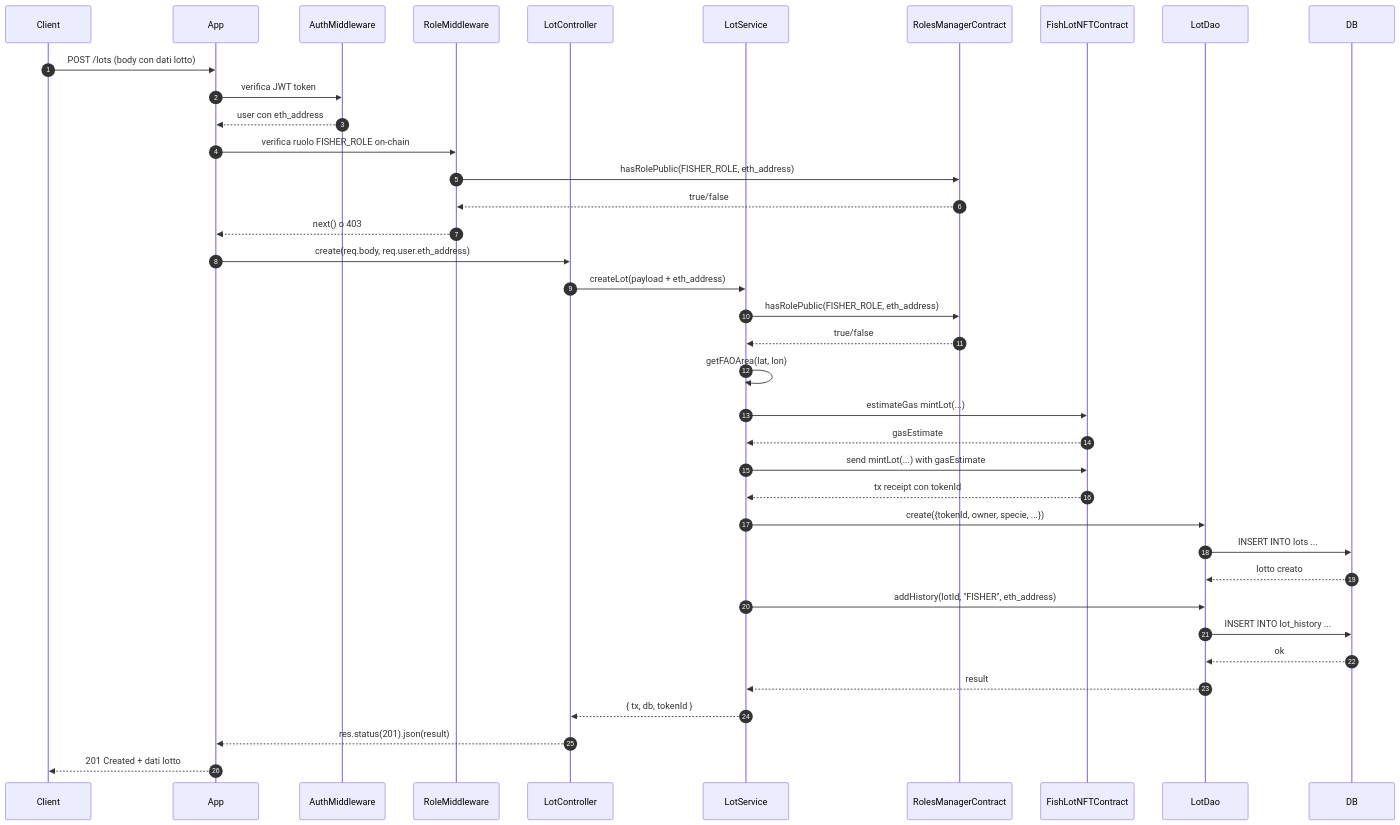
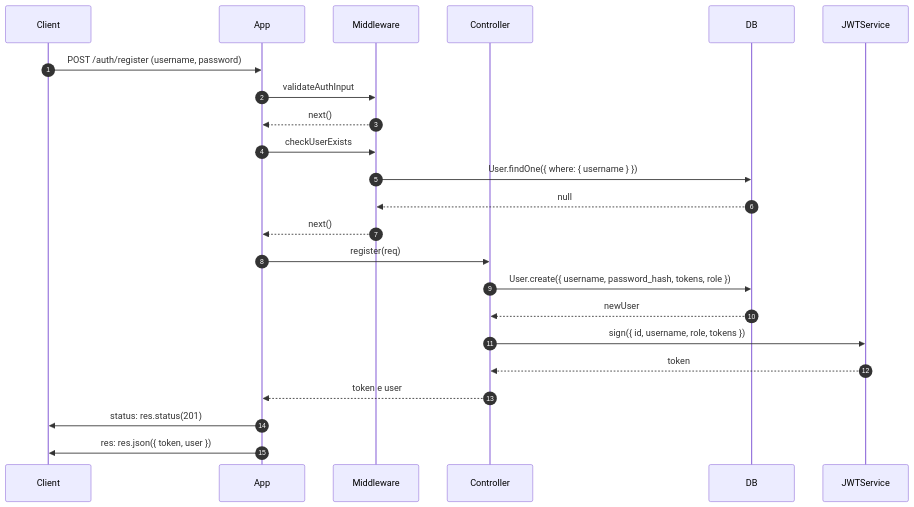
Before and after one commit to S1090833/pro: the diagram in progavan/README.md, drawn with Mermaid. The commit also changed other lines of this file, not shown here.

````diff
--- a/progavan/README.md
+++ b/progavan/README.md
@@ -1,55 +31,32 @@
 ```mermaid
 sequenceDiagram
   autonumber
   participant Client
   participant App
-  participant AuthMiddleware
-  participant RoleMiddleware
-  participant LotController
-  participant LotService
-  participant RolesManagerContract
-  participant FishLotNFTContract
-  participant LotDao
+  participant Middleware
+  participant Controller
   participant DB
+  participant JWTService
 
-  Client->>App: POST /lots (body con dati lotto)
-  
-  App->>AuthMiddleware: verifica JWT token
-  AuthMiddleware-->>App: user con eth_address
+  Client->>App: POST /auth/register (username, password)
 
-  App->>RoleMiddleware: verifica ruolo FISHER_ROLE on-chain
-  RoleMiddleware->>RolesManagerContract: hasRolePublic(FISHER_ROLE, eth_address)
-  RolesManagerContract-->>RoleMiddleware: true/false
-  RoleMiddleware-->>App: next() o 403
+  App->>Middleware: validateAuthInput
+  Middleware-->>App: next()
 
-  App->>LotController: create(req.body, req.user.eth_address)
+  App->>Middleware: checkUserExists
+  Middleware->>DB: User.findOne({ where: { username } })
+  DB-->>Middleware: null
+  Middleware-->>App: next()
 
-  LotController->>LotService: createLot(payload + eth_address)
+  App->>Controller: register(req)
+  Controller->>DB: User.create({ username, password_hash, tokens, role })
+  DB-->>Controller: newUser
 
-  LotService->>RolesManagerContract: hasRolePublic(FISHER_ROLE, eth_address)
-  RolesManagerContract-->>LotService: true/false
+  Controller->>JWTService: sign({ id, username, role, tokens })
+  JWTService-->>Controller: token
 
-  LotService->>LotService: getFAOArea(lat, lon)
+  Controller-->>App: token e user
 
-  LotService->>FishLotNFTContract: estimateGas mintLot(...)
-  FishLotNFTContract-->>LotService: gasEstimate
-
-  LotService->>FishLotNFTContract: send mintLot(...) with gasEstimate
-  FishLotNFTContract-->>LotService: tx receipt con tokenId
-
-  LotService->>LotDao: create({tokenId, owner, specie, ...})
-  LotDao->>DB: INSERT INTO lots ...
-  DB-->>LotDao: lotto creato
-
-  LotService->>LotDao: addHistory(lotId, "FISHER", eth_address)
-  LotDao->>DB: INSERT INTO lot_history ...
-  DB-->>LotDao: ok
-
-  LotDao-->>LotService: result
-
-  LotService-->>LotController: { tx, db, tokenId }
-
-  LotController-->>App: res.status(201).json(result)
-
-  App-->>Client: 201 Created + dati lotto
+  App->>Client: status: res.status(201)
+  App->>Client: res: res.json({ token, user })
 ```
````
